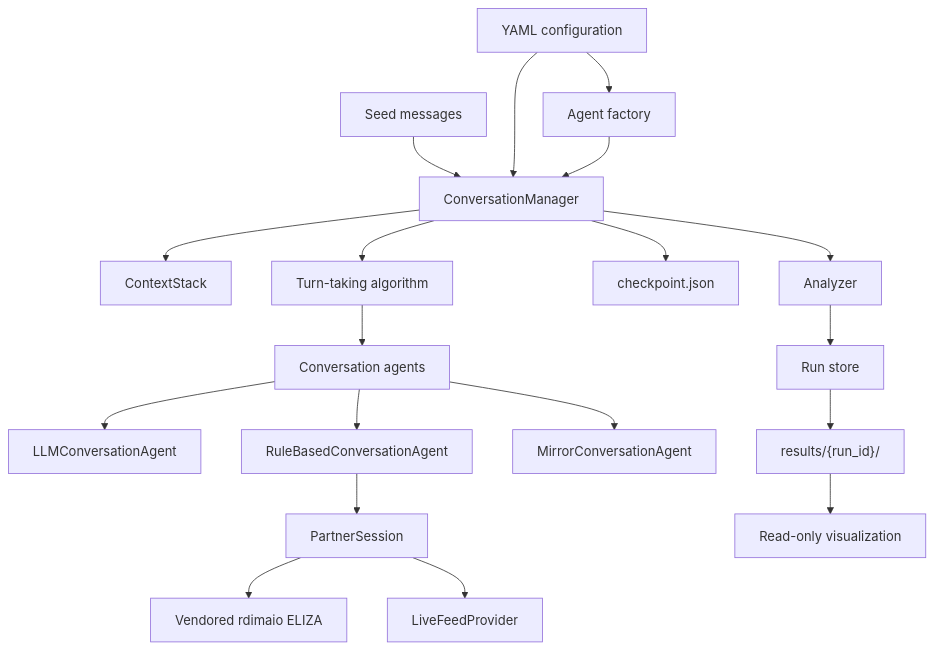
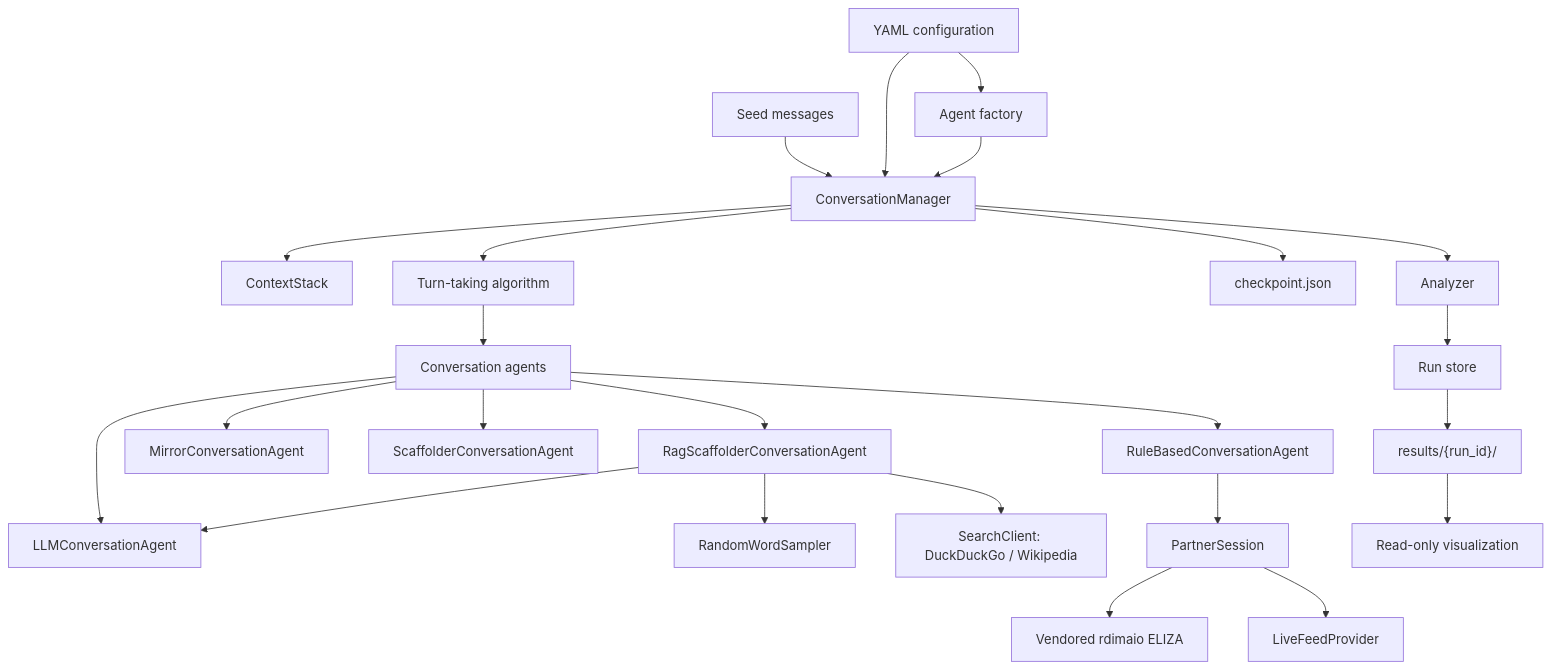
One commit to center-for-humans-and-machines/babel-ai changed the first of 2 diagrams in doc/architecture.md. Above: the diagram before and after it, drawn with Mermaid. The commit also changed 25 other files, not shown here.

Commit message:
online RAG scaffolder

````diff
--- a/doc/architecture.md
+++ b/doc/architecture.md
@@ -9,21 +9,26 @@
 ```mermaid
 flowchart TB
   Seed[Seed messages] --> Manager[ConversationManager]
   Config[YAML configuration] --> Manager
   Config --> Factory[Agent factory]
   Factory --> Manager
   Manager --> Context[ContextStack]
   Manager --> TurnTaking[Turn-taking algorithm]
   TurnTaking --> Agents[Conversation agents]
   Agents --> LLM[LLMConversationAgent]
   Agents --> Rule[RuleBasedConversationAgent]
   Agents --> Mirror[MirrorConversationAgent]
+  Agents --> Scaffolder[ScaffolderConversationAgent]
+  Agents --> Rag[RagScaffolderConversationAgent]
+  Rag --> Words[RandomWordSampler]
+  Rag --> Search[SearchClient: DuckDuckGo / Wikipedia]
+  Rag --> LLM
   Rule --> Eliza[PartnerSession]
   Eliza --> Vendor[Vendored rdimaio ELIZA]
   Eliza --> Feed[LiveFeedProvider]
   Manager --> Checkpoint[checkpoint.json]
   Manager --> Analyzer[Analyzer]
   Analyzer --> Store[Run store]
   Store --> Run["results/{run_id}/"]
   Run --> Viz[Read-only visualization]
 ```
````
